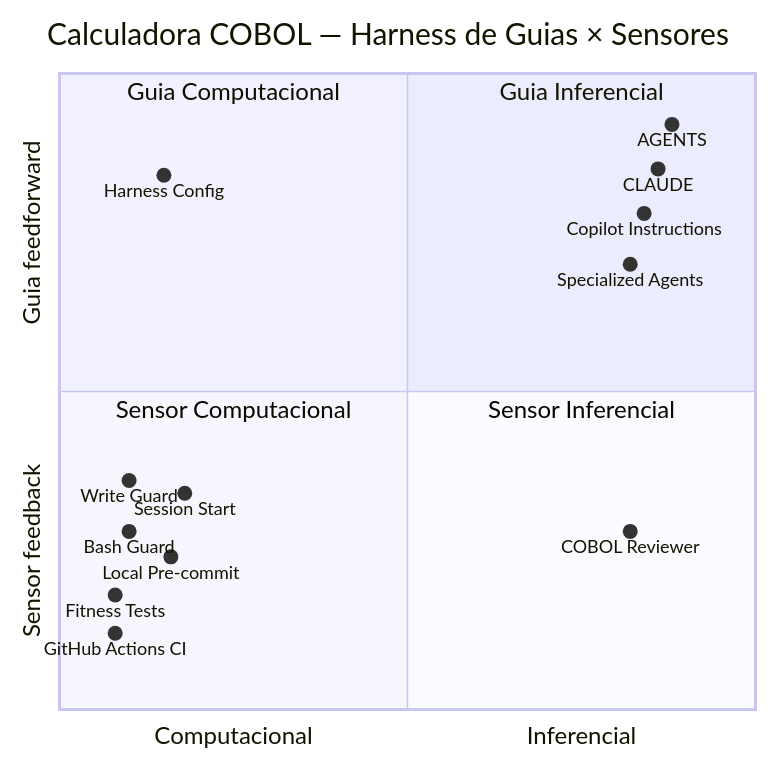
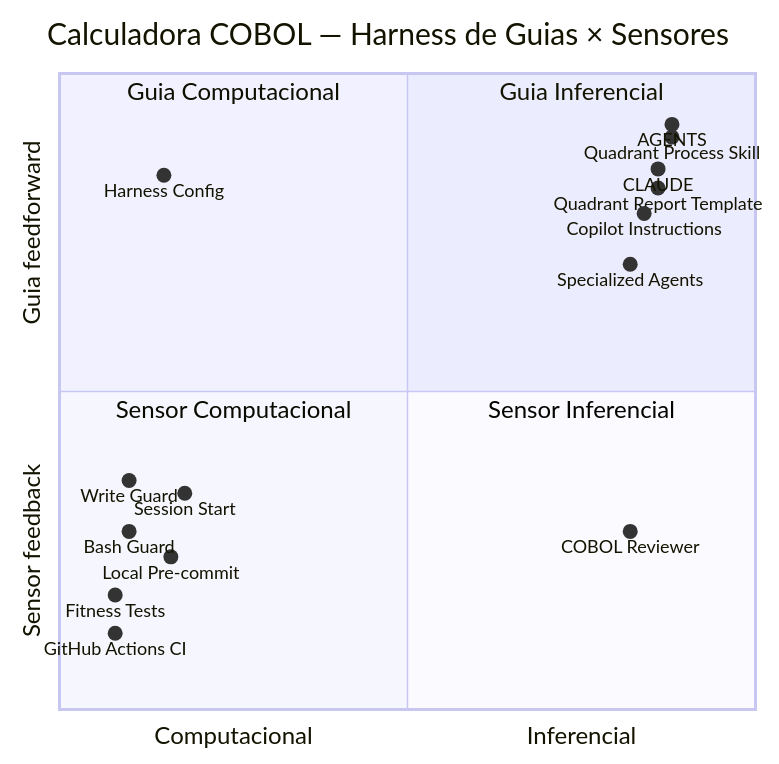
The diagram in docs/HARNESS_QUADRANTE.md (emilianoeloi/cowboy), drawn with Mermaid before and after one commit. The commit also changed other lines of this file and 2 other files, not shown here.

Commit message:
chore: document quadrant process skill

````diff
--- a/docs/HARNESS_QUADRANTE.md
+++ b/docs/HARNESS_QUADRANTE.md
@@ -56,24 +56,26 @@
 ```mermaid
 quadrantChart
     title Calculadora COBOL — Harness de Guias × Sensores
     x-axis Computacional --> Inferencial
     y-axis Sensor feedback --> Guia feedforward
 
     quadrant-1 Guia Inferencial
     quadrant-2 Guia Computacional
     quadrant-3 Sensor Computacional
     quadrant-4 Sensor Inferencial
 
     AGENTS: [0.88, 0.92]
     CLAUDE: [0.86, 0.85]
     Copilot Instructions: [0.84, 0.78]
     Specialized Agents: [0.82, 0.70]
+    Quadrant Process Skill: [0.88, 0.90]
+    Quadrant Report Template: [0.86, 0.82]
     Harness Config: [0.15, 0.84]
     Write Guard: [0.10, 0.36]
     Bash Guard: [0.10, 0.28]
     Fitness Tests: [0.08, 0.18]
     Local Pre-commit: [0.16, 0.24]
     GitHub Actions CI: [0.08, 0.12]
     Session Start: [0.18, 0.34]
     COBOL Reviewer: [0.82, 0.28]
 ```
````
